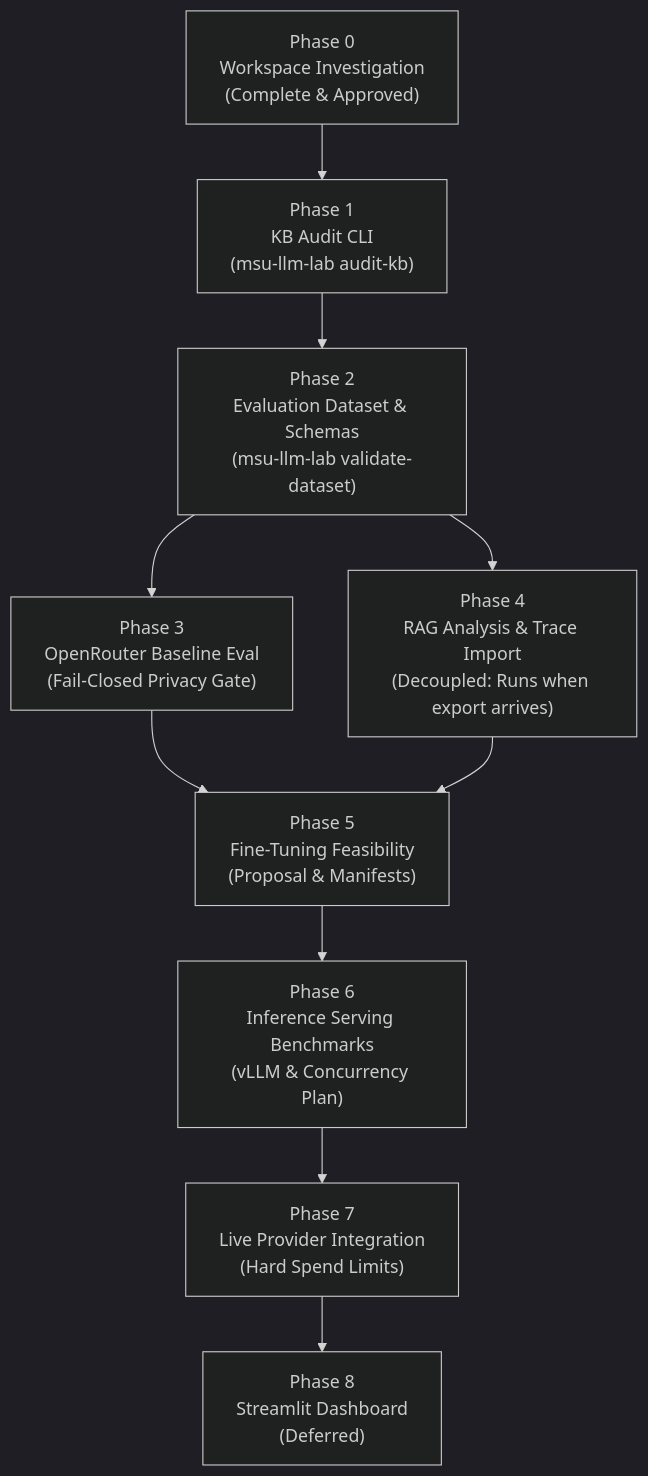
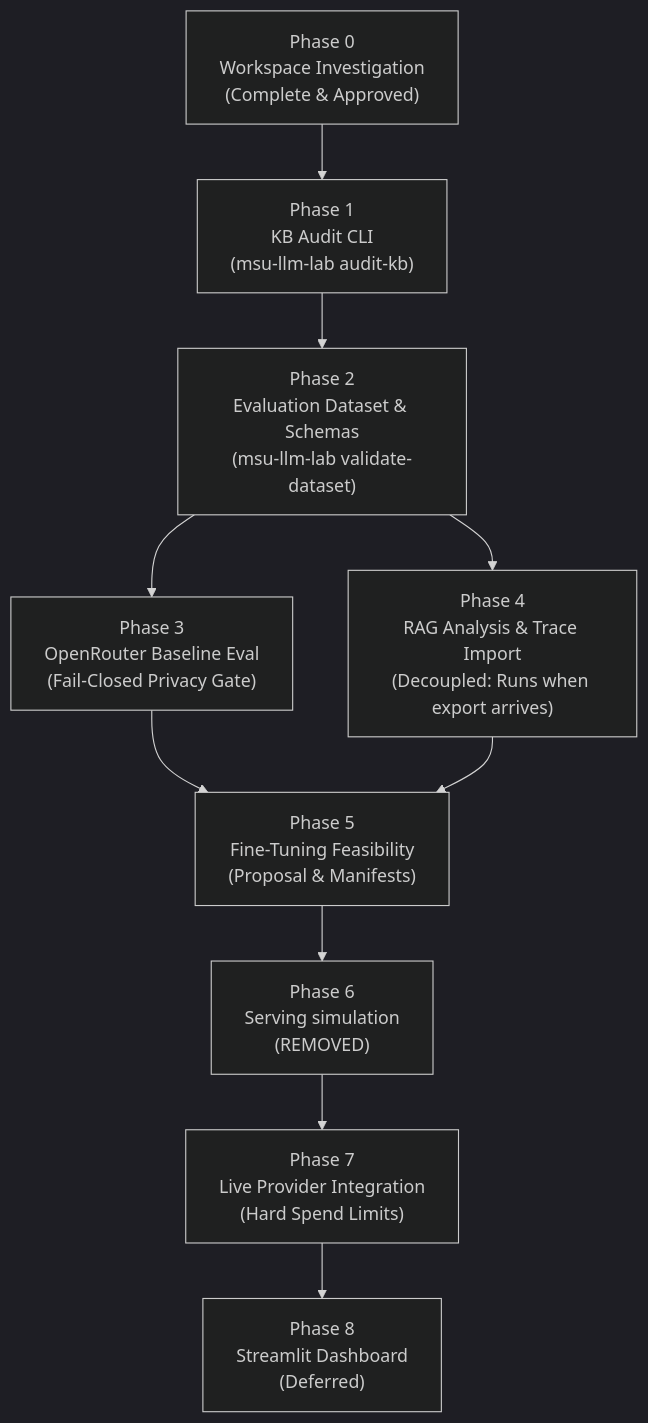
One commit to Sudharsanselvaraj/Model-Systems-Workbench changed the diagram in docs/IMPLEMENTATION_PLAN.md. Above: the diagram before and after it, drawn with Mermaid (dark theme). The commit also changed other lines of this file, not shown here.

Commit message:
docs: mark the serving simulation phase as removed

````diff
--- a/docs/IMPLEMENTATION_PLAN.md
+++ b/docs/IMPLEMENTATION_PLAN.md
@@ -25,12 +25,12 @@
 ```mermaid
 graph TD
     P0["Phase 0<br/>Workspace Investigation<br/>(Complete & Approved)"] --> P1["Phase 1<br/>KB Audit CLI<br/>(msu-llm-lab audit-kb)"]
     P1 --> P2["Phase 2<br/>Evaluation Dataset & Schemas<br/>(msu-llm-lab validate-dataset)"]
     P2 --> P3["Phase 3<br/>OpenRouter Baseline Eval<br/>(Fail-Closed Privacy Gate)"]
     P2 --> P4["Phase 4<br/>RAG Analysis & Trace Import<br/>(Decoupled: Runs when export arrives)"]
     P3 --> P5["Phase 5<br/>Fine-Tuning Feasibility<br/>(Proposal & Manifests)"]
     P4 --> P5
-    P5 --> P6["Phase 6<br/>Inference Serving Benchmarks<br/>(vLLM & Concurrency Plan)"]
+    P5 --> P6["Phase 6<br/>Serving simulation<br/>(REMOVED)"]
     P6 --> P7["Phase 7<br/>Live Provider Integration<br/>(Hard Spend Limits)"]
     P7 --> P8["Phase 8<br/>Streamlit Dashboard<br/>(Deferred)"]
 ```
````
